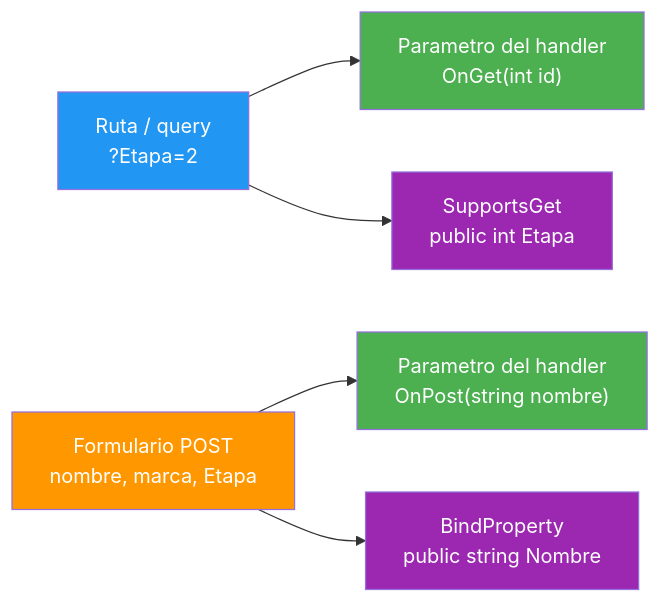
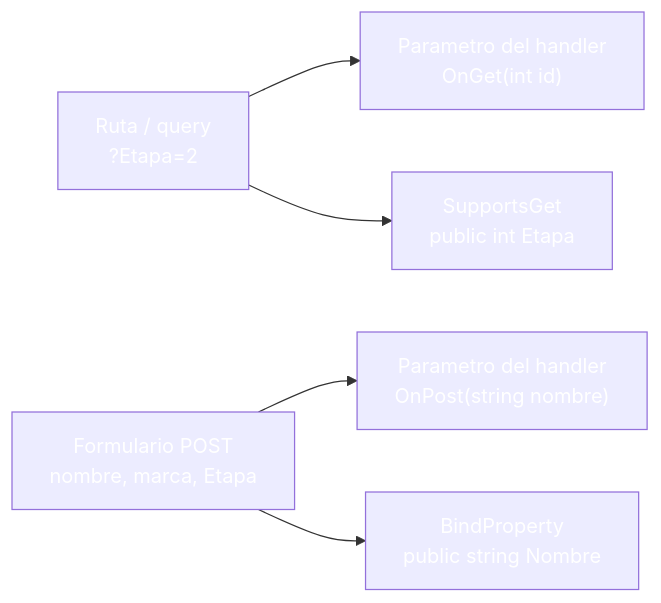
One commit to joseluisgs/DesarrolloWebEntornosServidor-03-2026-2027 changed the second of 4 diagrams in 11-razorpages-pagemodel-handlers.md. Above: the diagram before and after it, drawn with Mermaid. The commit also changed other lines of this file and 30 other files, not shown here.

````diff
--- a/11-razorpages-pagemodel-handlers.md
+++ b/11-razorpages-pagemodel-handlers.md
@@ -169,13 +169,13 @@
 ```mermaid
 graph LR
     R["Ruta / query<br/>?Etapa=2"] --> P["Parametro del handler<br/>OnGet(int id)"]
     R --> S["SupportsGet<br/>public int Etapa"]
     F["Formulario POST<br/>nombre, marca, Etapa"] --> Q["Parametro del handler<br/>OnPost(string nombre)"]
     F --> B["BindProperty<br/>public string Nombre"]
-    style R fill:#2196F3,color:#fff
-    style F fill:#FF9800,color:#fff
-    style P fill:#4CAF50,color:#fff
-    style S fill:#9C27B0,color:#fff
-    style Q fill:#4CAF50,color:#fff
-    style B fill:#9C27B0,color:#fff
+    style R fill:#2196F,color:#fff3,color:#fff
+    style F fill:#FF980,color:#fff0,color:#fff
+    style P fill:#4CAF5,color:#fff0,color:#fff
+    style S fill:#9C27B,color:#fff0,color:#fff
+    style Q fill:#4CAF5,color:#fff0,color:#fff
+    style B fill:#9C27B,color:#fff0,color:#fff
 ```
````
